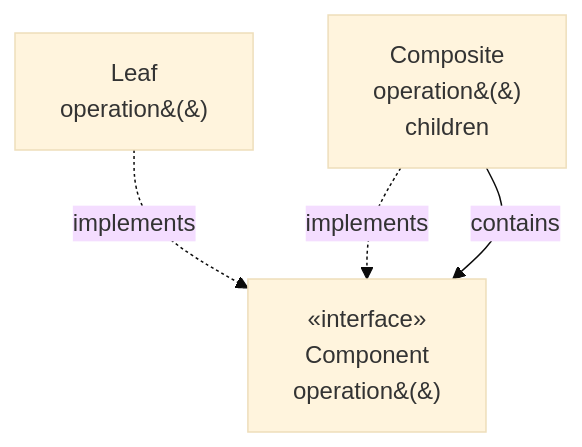
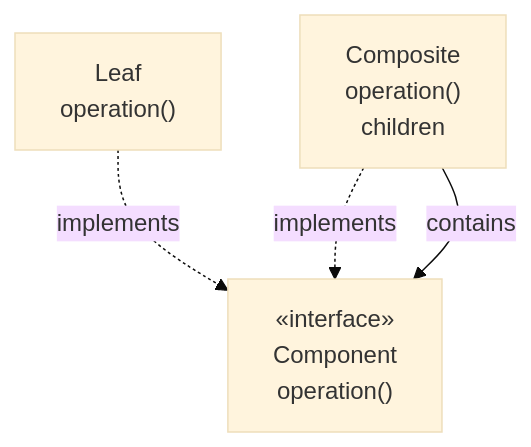
One commit to oadcavalcante/software-architecture-mastery changed the diagram in i18n/en-US/docusaurus-plugin-content-docs/current/03-design-patterns/composite.md. Above: the diagram before and after it, drawn with Mermaid (base theme). The commit also changed 27 other files, not shown here.

First line of the commit message:
diagramas: parenteses renderizando como &(&) e largura ilegivel no telefone

````diff
--- a/i18n/en-US/docusaurus-plugin-content-docs/current/03-design-patterns/composite.md
+++ b/i18n/en-US/docusaurus-plugin-content-docs/current/03-design-patterns/composite.md
@@ -50,7 +50,7 @@
 ```mermaid
 graph TB
-  C["«interface»<br/>Component<br/>operation&#40;&#41;"]
-  F[Leaf<br/>operation&#40;&#41;] -.implements.-> C
-  Co[Composite<br/>operation&#40;&#41;<br/>children] -.implements.-> C
+  C["«interface»<br/>Component<br/>operation()"]
+  F["Leaf<br/>operation()"] -.implements.-> C
+  Co["Composite<br/>operation()<br/>children"] -.implements.-> C
   Co -->|contains| C
 ```
````
